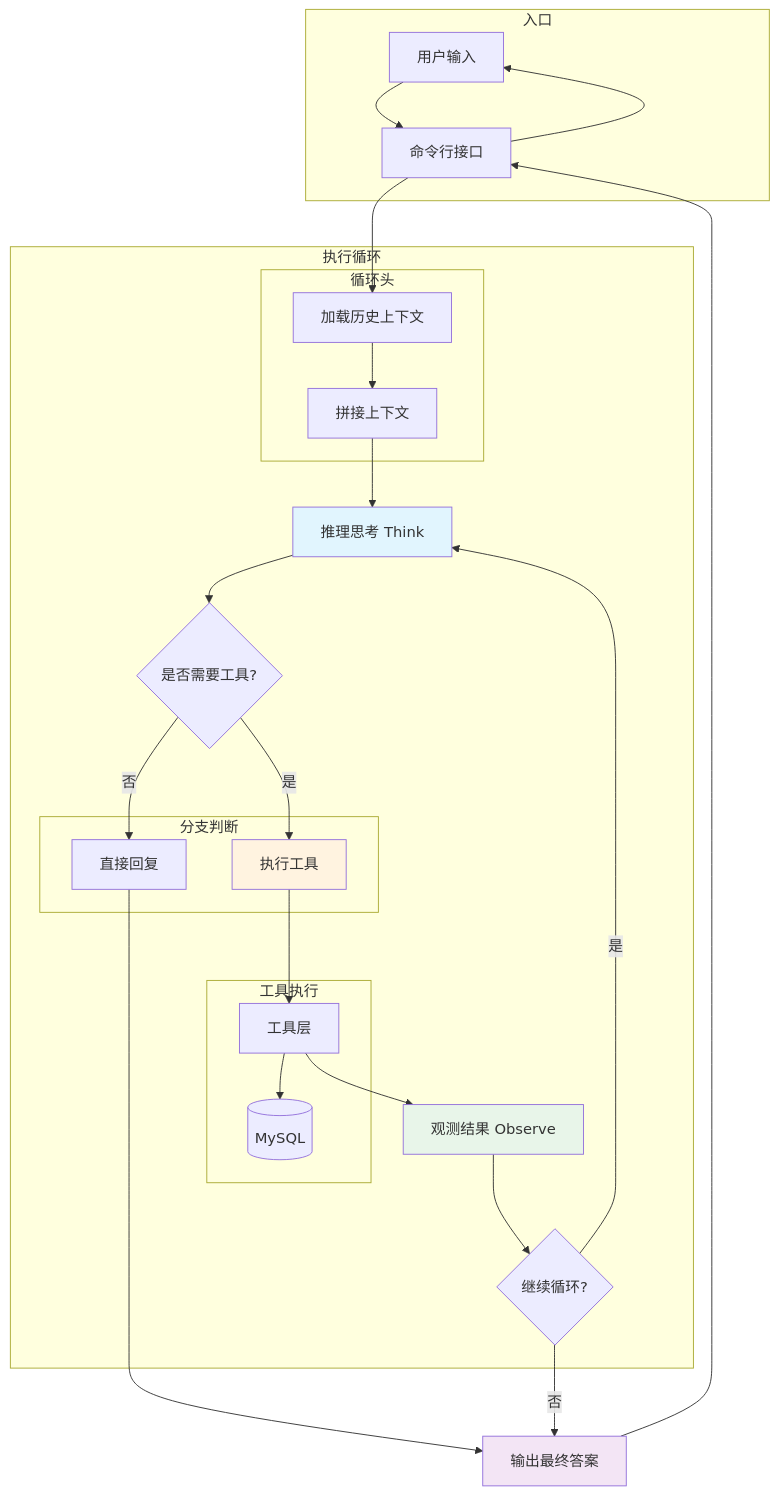
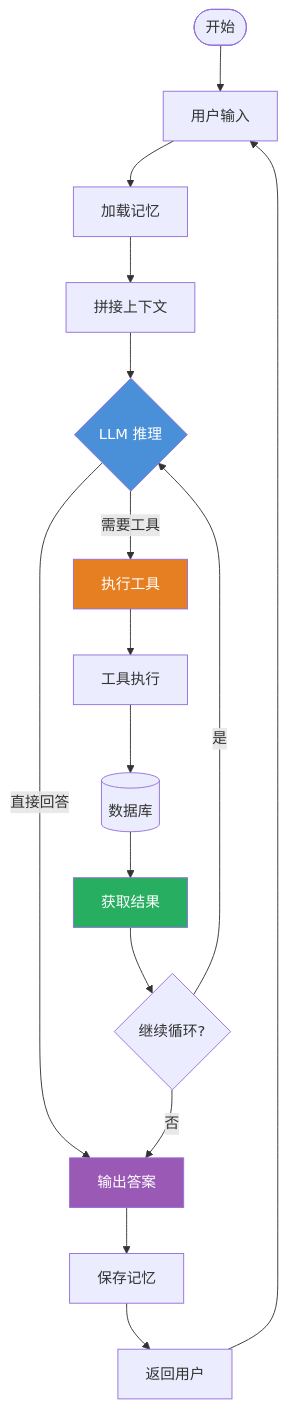
One commit to chain-engine/x-langchain changed the second of 3 diagrams in README.md. Above: the diagram before and after it, drawn with Mermaid. The commit also changed other lines of this file and 12 other files, not shown here.

````diff
--- a/README.md
+++ b/README.md
@@ -213,58 +263,28 @@
 ```mermaid
 flowchart TD
-    subgraph 入口
-        U[用户输入]
-        CLI[命令行接口]
-    end
+    Start([开始]) --> Input[用户输入]
+    Input --> LoadMem[加载记忆]
+    LoadMem --> AppendCtx[拼接上下文]
 
-    subgraph 执行循环
-        subgraph 循环头
-            MM[加载历史上下文]
-            M1[拼接上下文]
-        end
+    AppendCtx --> Think{LLM 推理}
+    Think -->|需要工具| Act[执行工具]
+    Think -->|直接回答| FinalAnswer[输出答案]
 
-        M2[推理思考 Think]
-        M3{是否需要工具?}
+    Act --> ToolExecute[工具执行]
+    ToolExecute --> DB[(数据库)]
 
-        subgraph 分支判断
-            M4[直接回复]
-            M5[执行工具]
-        end
+    DB --> Observe[获取结果]
+    Observe --> Continue{继续循环?}
 
-        M6[观测结果 Observe]
-        M7{继续循环?}
+    Continue -->|是| Think
+    Continue -->|否| FinalAnswer
 
-        subgraph 工具执行
-            T[工具层]
-            DB[(MySQL)]
-            T --> DB
-        end
-    end
+    FinalAnswer --> SaveMem[保存记忆]
+    SaveMem --> Output[返回用户]
+    Output --> Input
 
-    M8[输出最终答案]
-
-    U --> CLI
-    CLI --> MM
-    MM --> M1
-    M1 --> M2
-    M2 --> M3
-
-    M3 -->|否| M4
-    M4 --> M8
-
-    M3 -->|是| M5
-    M5 --> T
-    T --> M6
-    M6 --> M7
-
-    M7 -->|是| M2
-    M7 -->|否| M8
-
-    M8 --> CLI
-    CLI --> U
-
-    style M2 fill:#e1f5fe
-    style M5 fill:#fff3e0
-    style M6 fill:#e8f5e9
-    style M8 fill:#f3e5f5
+    style Think fill:#4A90D9,color:#fff
+    style Act fill:#E67E22,color:#fff
+    style Observe fill:#27AE60,color:#fff
+    style FinalAnswer fill:#9B59B6,color:#fff
 ```
````
